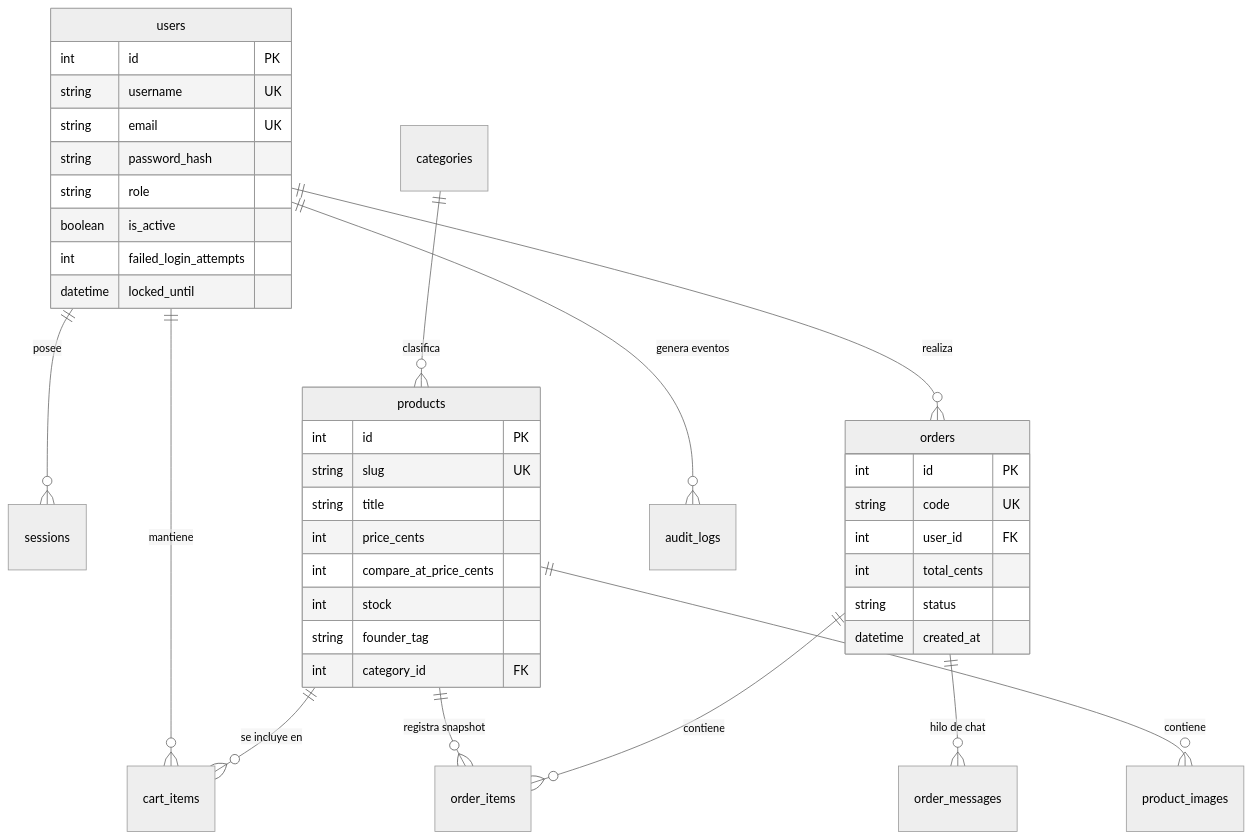
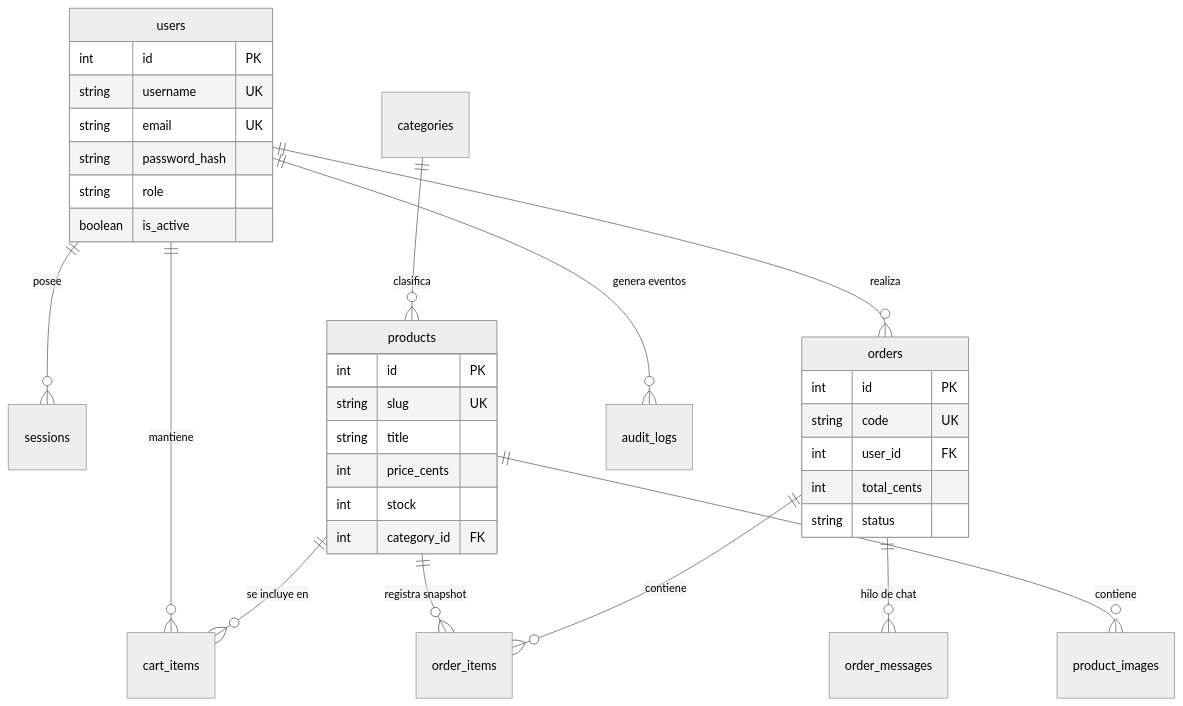
Before and after one commit to MituOS2/TBD-Supply: the second of 2 diagrams in README.md, drawn with Mermaid (neutral theme). The commit also changed other lines of this file, not shown here.

````diff
--- a/README.md
+++ b/README.md
@@ -341,44 +245,39 @@
 ```mermaid
 erDiagram
     users ||--o{ sessions : "posee"
     users ||--o{ cart_items : "mantiene"
     users ||--o{ orders : "realiza"
     categories ||--o{ products : "clasifica"
     products ||--o{ product_images : "contiene"
     products ||--o{ cart_items : "se incluye en"
     products ||--o{ order_items : "registra snapshot"
     orders ||--o{ order_items : "contiene"
     orders ||--o{ order_messages : "hilo de chat"
     users ||--o{ audit_logs : "genera eventos"
 
     users {
         int id PK
         string username UK
         string email UK
         string password_hash
         string role
         boolean is_active
-        int failed_login_attempts
-        datetime locked_until
     }
 
     products {
         int id PK
         string slug UK
         string title
         int price_cents
-        int compare_at_price_cents
         int stock
-        string founder_tag
         int category_id FK
     }
 
     orders {
         int id PK
         string code UK
         int user_id FK
         int total_cents
         string status
-        datetime created_at
     }
 ```
````
